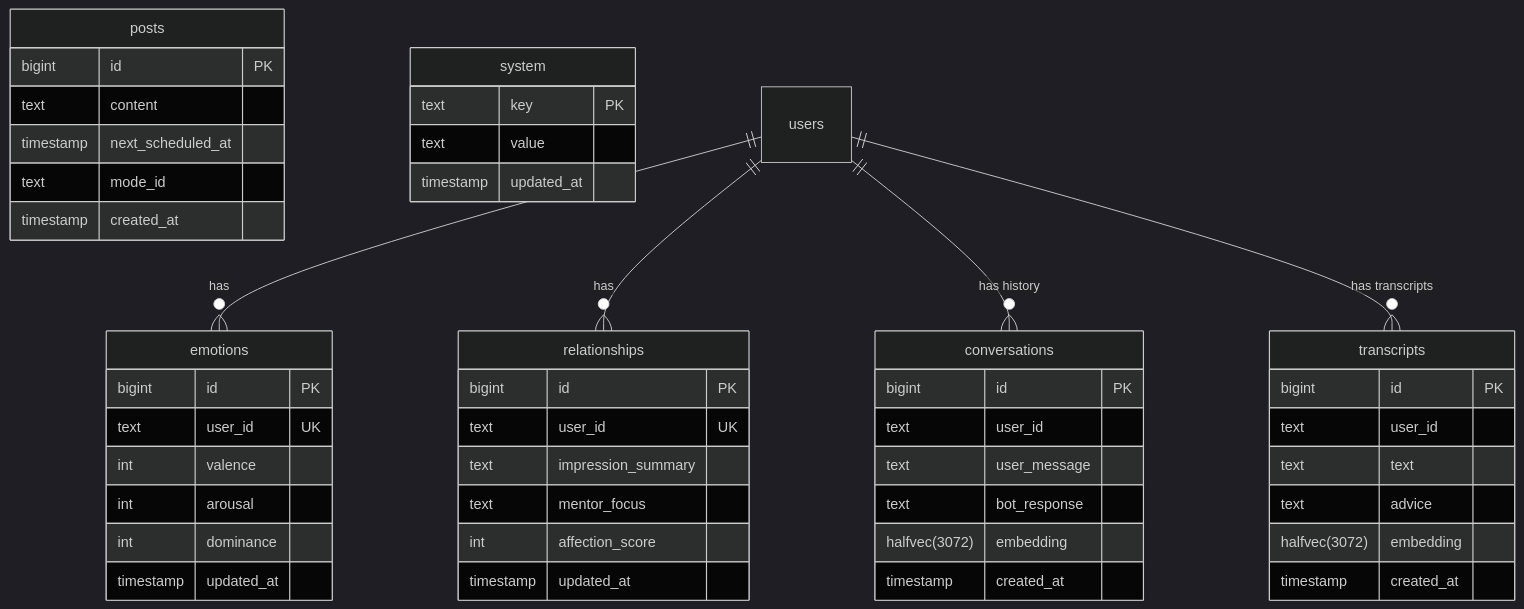
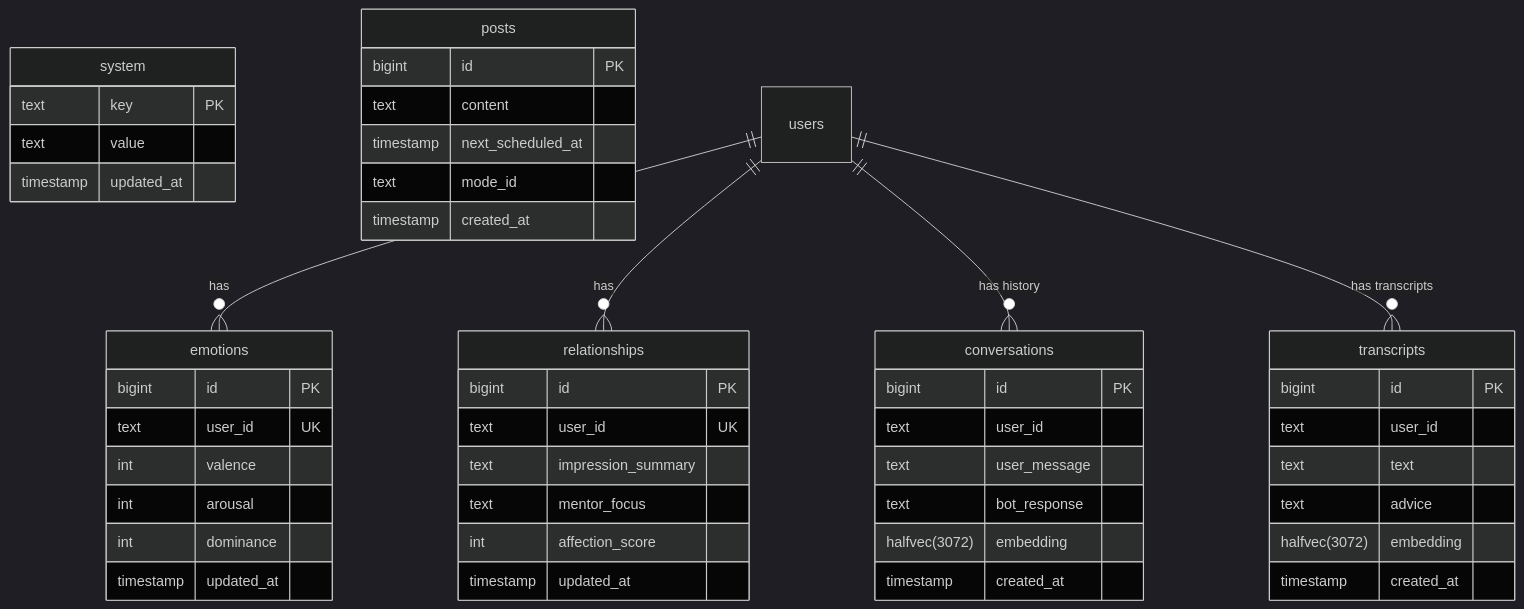
One commit to litoma/aimolt changed the second of 2 diagrams in README.md. Above: the diagram before and after it, drawn with Mermaid (dark theme). The commit also changed other lines of this file, not shown here.

Commit message:
docs: further refine README architecture and ER diagrams

````diff
--- a/README.md
+++ b/README.md
@@ -142,61 +147,61 @@
 ```mermaid
 erDiagram
     %% 独立テーブル
+    system {
+        text key PK
+        text value
+        timestamp updated_at
+    }
+
     posts {
         bigint id PK
         text content
         timestamp next_scheduled_at
         text mode_id
         timestamp created_at
-    }
-
-    system {
-        text key PK
-        text value
-        timestamp updated_at
     }
 
     %% ユーザー関連テーブル
     emotions {
         bigint id PK
         text user_id UK
         int valence
         int arousal
         int dominance
         timestamp updated_at
     }
 
     relationships {
         bigint id PK
         text user_id UK
         text impression_summary
         text mentor_focus
         int affection_score
         timestamp updated_at
     }
 
     conversations {
         bigint id PK
         text user_id
         text user_message
         text bot_response
         halfvec(3072) embedding
         timestamp created_at
     }
 
     transcripts {
         bigint id PK
         text user_id
         text text
         text advice
         halfvec(3072) embedding
         timestamp created_at
     }
 
     %% リレーションシップ
     users ||--o{ emotions : "has"
     users ||--o{ relationships : "has"
     users ||--o{ conversations : "has history"
     users ||--o{ transcripts : "has transcripts"
 
 ```
````
